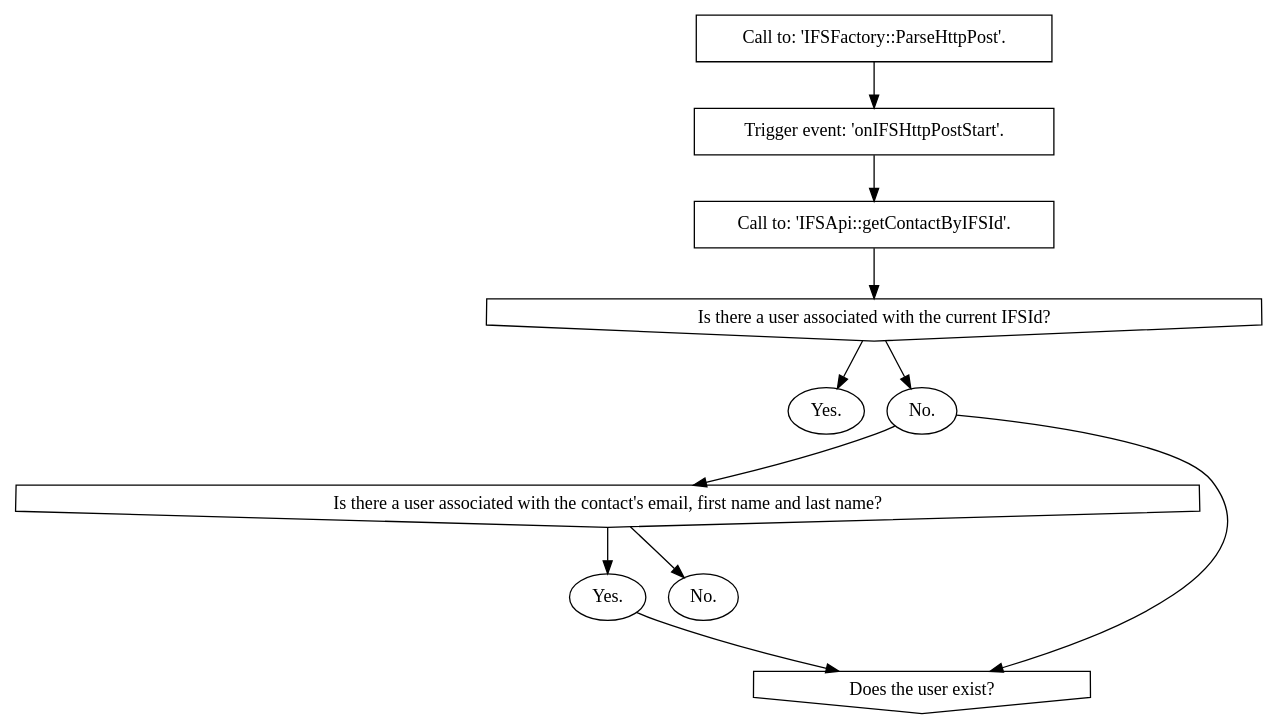
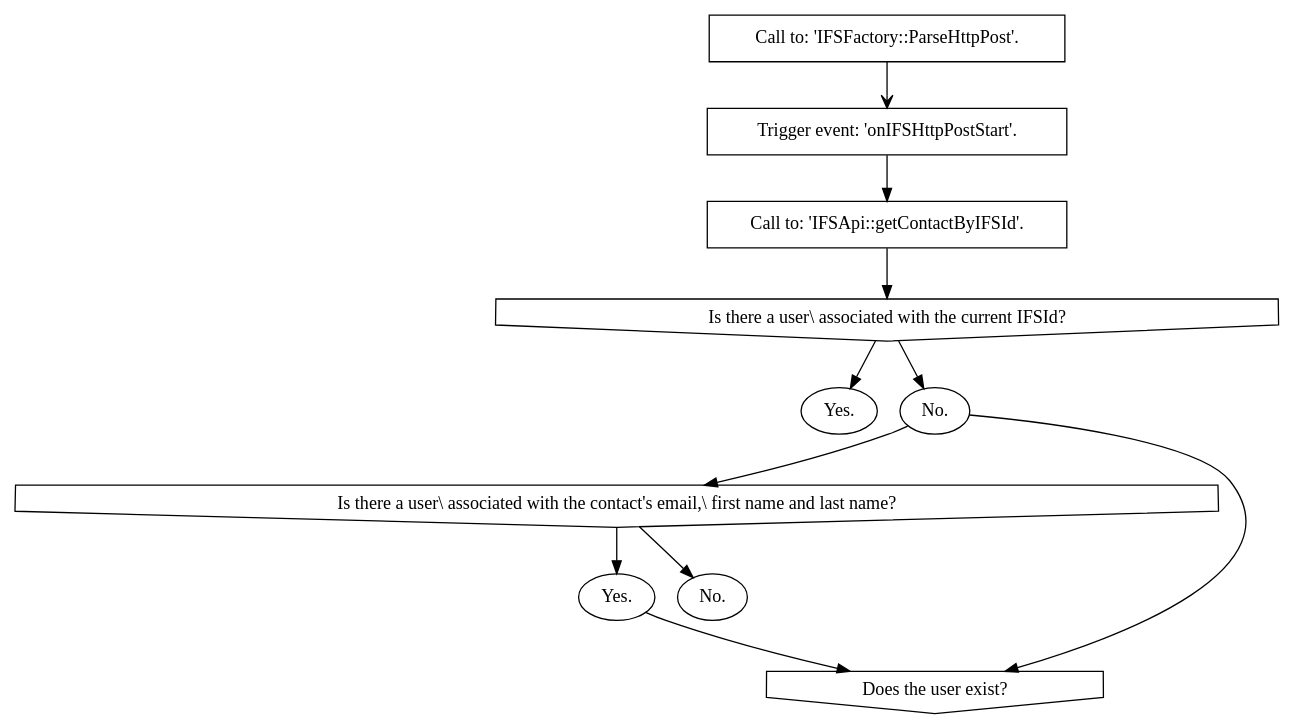
Before and after one commit to treste91/JoomFuse: the diagram in docs/procedures/register_user.rst, drawn with Graphviz.

```diff
--- a/docs/procedures/register_user.rst
+++ b/docs/procedures/register_user.rst
@@ -4,26 +4,26 @@
 .. graphviz::
 
    digraph {
    
       1 [label="Call to: 'IFSFactory::ParseHttpPost'." shape=rectangle]
       2 [label="Trigger event: 'onIFSHttpPostStart'." shape=rectangle]
       3 [label="Call to: 'IFSApi::getContactByIFSId'." shape=rectangle]
-      4 [label="Is there a user associated with the current IFSId?" shape=invhouse]
+      4 [label="Is there a user\\ associated with the current IFSId?" shape=invhouse]
       5 [label="Yes." shape=oval]
       6 [label="No." shape=oval]
-      7 [label="Is there a user associated with the contact's email, first name and last name?" shape=invhouse]
+      7 [label="Is there a user\\ associated with the contact's email,\\ first name and last name?" shape=invhouse]
       8 [label="Yes." shape=oval]
       9 [label="Does the user exist?" shape=invhouse]
       10 [label="No." shape=oval]
       
-      1 -> 2
+      1 -> 2 [arrowhead=vee arrowsize=1]
       2 -> 3
       3 -> 4
       4 -> 5
       4 -> 6
       6 -> 7
       7 -> 8
       8 -> 9
       6 -> 9
       7 -> 10
    }
```
